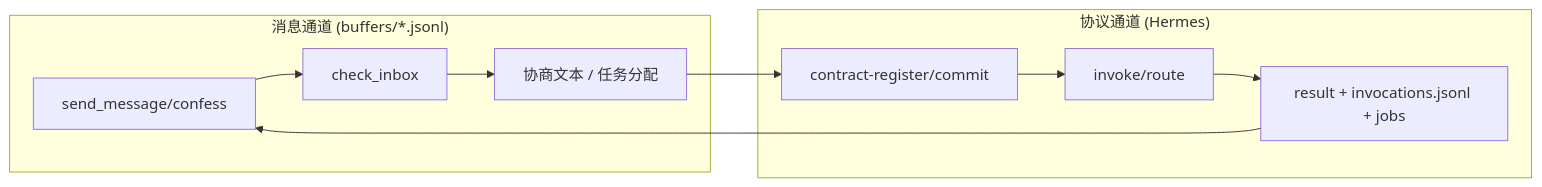
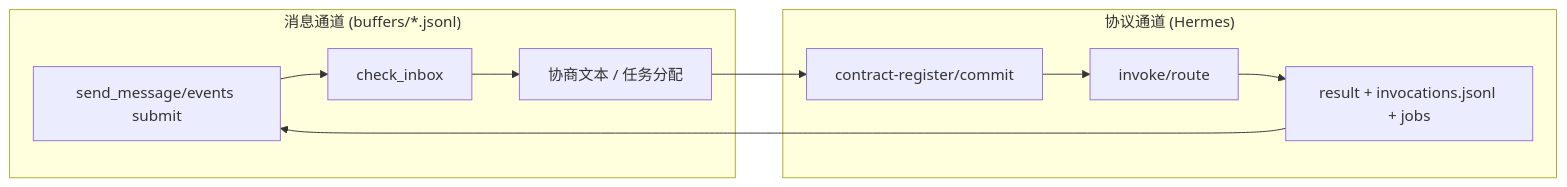
Diagram 25 of 30 in docs/ARCHITECTURE_MERMAID.md (Lands54/Pantheon), drawn with Mermaid before and after one commit. The commit also changed other lines of this file and 85 other files, not shown here.

Commit message:
refactor: eventize all agent interaction flows via interaction handlers

````diff
--- a/docs/ARCHITECTURE_MERMAID.md
+++ b/docs/ARCHITECTURE_MERMAID.md
@@ -379,15 +379,15 @@
 ```mermaid
 flowchart LR
     subgraph Msg["消息通道 (buffers/*.jsonl)"]
-      M1["send_message/confess"] --> M2["check_inbox"]
+      M1["send_message/events submit"] --> M2["check_inbox"]
       M2 --> M3["协商文本 / 任务分配"]
     end
 
     subgraph Proto["协议通道 (Hermes)"]
       P1["contract-register/commit"] --> P2["invoke/route"]
       P2 --> P3["result + invocations.jsonl + jobs"]
     end
 
     M3 --> P1
     P3 --> M1
 ```
````
